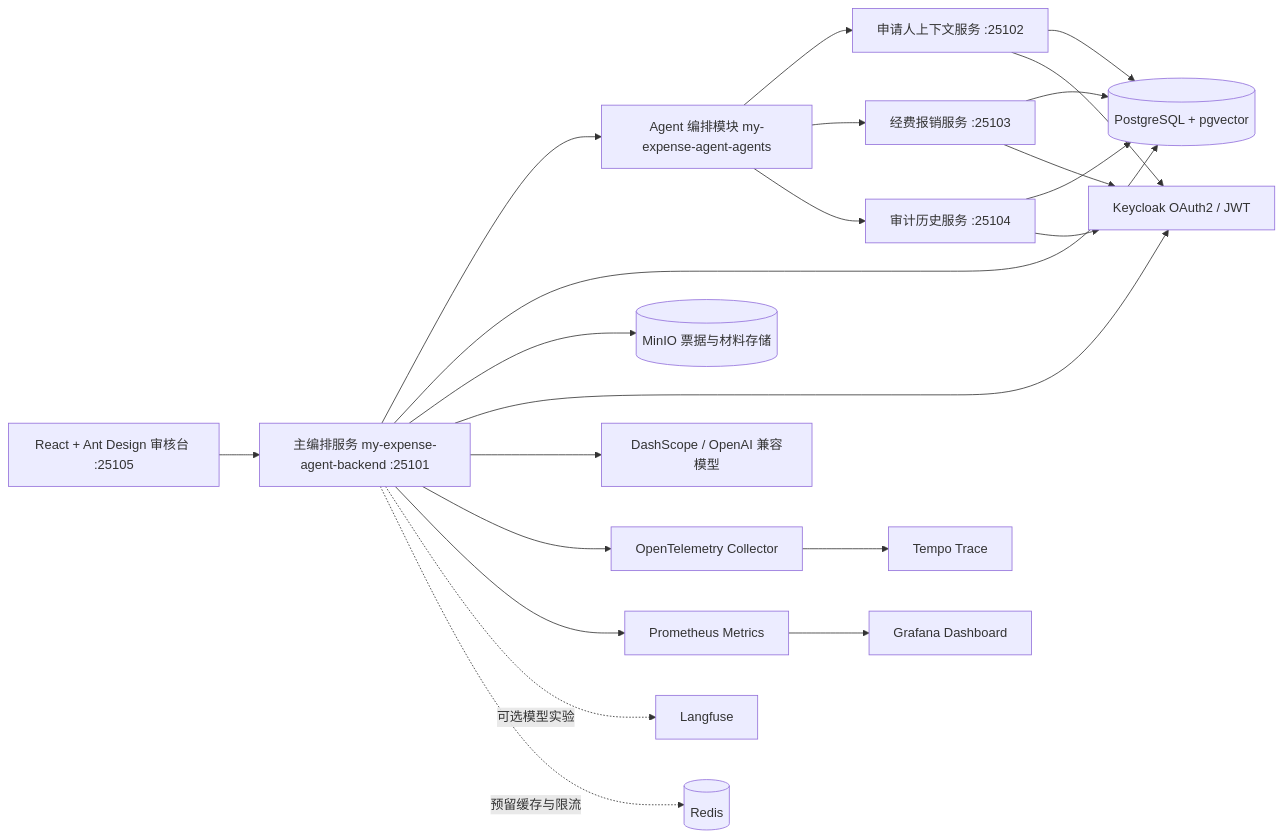
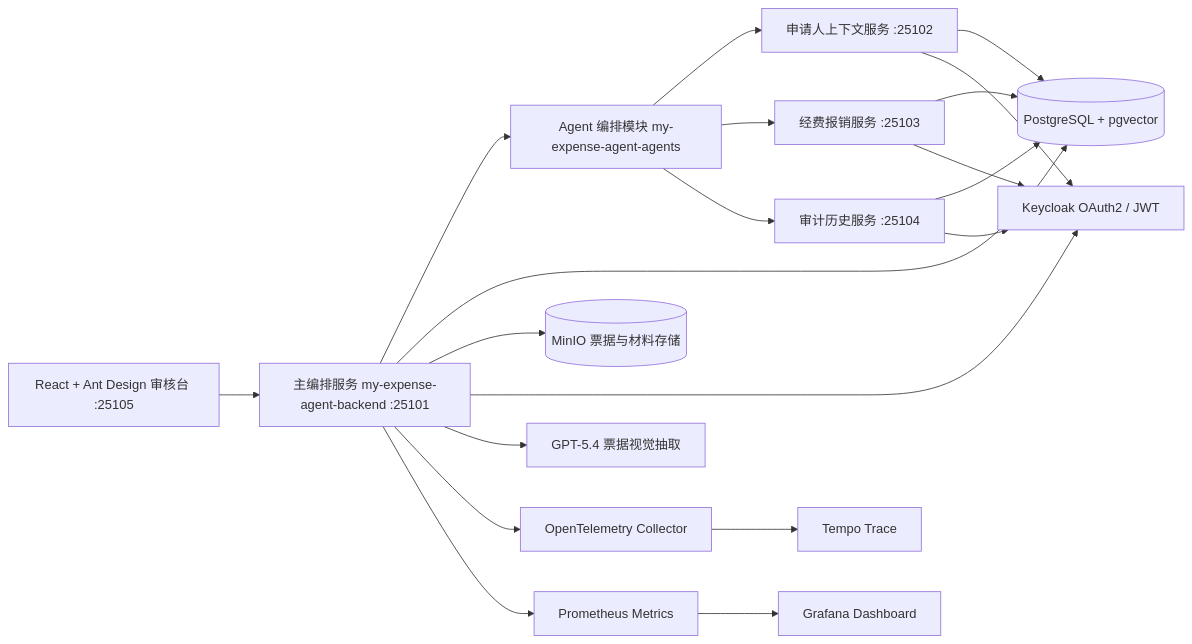
Before and after one commit to yangaobo0235/my-expense-agent: the diagram in README.md, drawn with Mermaid. The commit also changed other lines of this file and 25 other files, not shown here.

````diff
--- a/README.md
+++ b/README.md
@@ -49,29 +49,27 @@
 ```mermaid
 flowchart LR
     Web["React + Ant Design 审核台 :25105"] --> Backend["主编排服务 my-expense-agent-backend :25101"]
 
     Backend --> Agents["Agent 编排模块 my-expense-agent-agents"]
     Agents --> Account["申请人上下文服务 :25102"]
     Agents --> Fund["经费报销服务 :25103"]
     Agents --> Audit["审计历史服务 :25104"]
 
     Backend --> DB[("PostgreSQL + pgvector")]
     Account --> DB
     Fund --> DB
     Audit --> DB
 
     Backend --> MinIO[("MinIO 票据与材料存储")]
     Backend --> Keycloak["Keycloak OAuth2 / JWT"]
     Account --> Keycloak
     Fund --> Keycloak
     Audit --> Keycloak
 
-    Backend --> DashScope["DashScope / OpenAI 兼容模型"]
+    Backend --> OpenAI["GPT-5.4 票据视觉抽取"]
     Backend --> OTEL["OpenTelemetry Collector"]
     OTEL --> Tempo["Tempo Trace"]
     Backend --> Prometheus["Prometheus Metrics"]
     Prometheus --> Grafana["Grafana Dashboard"]
 
-    Backend -. 可选模型实验 .-> Langfuse["Langfuse"]
-    Backend -. 预留缓存与限流 .-> Redis[("Redis")]
 ```
````
